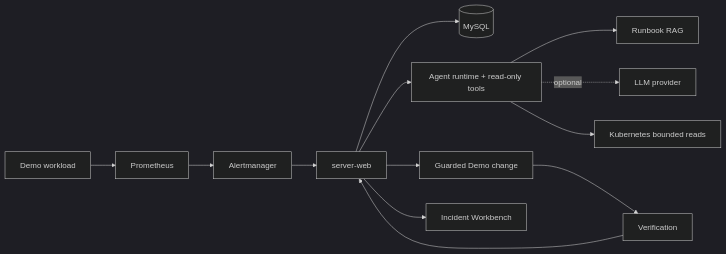
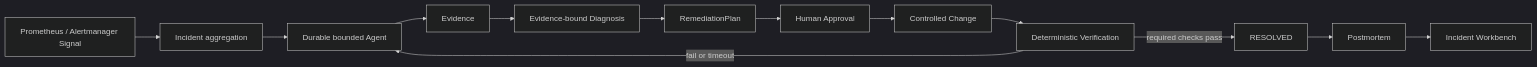
Before and after one commit to 05allan1213/CloudOps-Copilot: the diagram in README.md, drawn with Mermaid (dark theme). The commit also changed other lines of this file and 11 other files, not shown here.

````diff
--- a/README.md
+++ b/README.md
@@ -17,15 +22,15 @@
 ```mermaid
-graph LR
-    Workload[Demo workload] --> Prom[Prometheus]
-    Prom --> AM[Alertmanager]
-    AM --> Web[server-web]
-    Web --> MySQL[(MySQL)]
-    Web --> Agent[Agent runtime + read-only tools]
-    Agent --> Runbook[Runbook RAG]
-    Agent -. optional .-> LLM[LLM provider]
-    Agent --> K8S[Kubernetes bounded reads]
-    Web --> Change[Guarded Demo change]
-    Change --> Verify[Verification]
-    Verify --> Web
-    Web --> UI[Incident Workbench]
+flowchart LR
+    Signal[Prometheus / Alertmanager Signal] --> Incident[Incident aggregation]
+    Incident --> Agent[Durable bounded Agent]
+    Agent --> Evidence[Evidence]
+    Evidence --> Diagnosis[Evidence-bound Diagnosis]
+    Diagnosis --> Plan[RemediationPlan]
+    Plan --> Approval[Human Approval]
+    Approval --> Change[Controlled Change]
+    Change --> Verification[Deterministic Verification]
+    Verification -->|required checks pass| Resolved[RESOLVED]
+    Verification -->|fail or timeout| Agent
+    Resolved --> Postmortem[Postmortem]
+    Postmortem --> Workbench[Incident Workbench]
 ```
````
